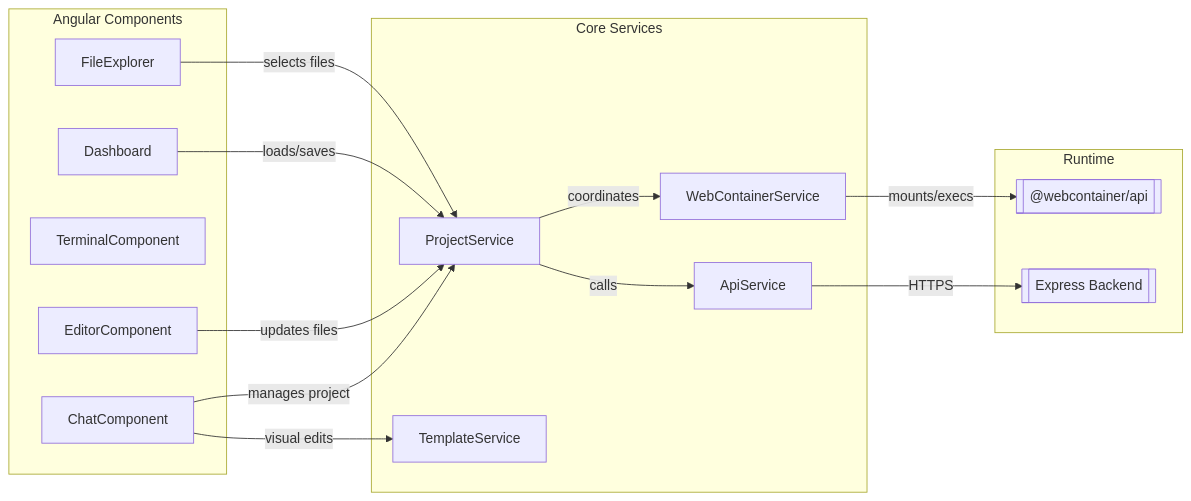
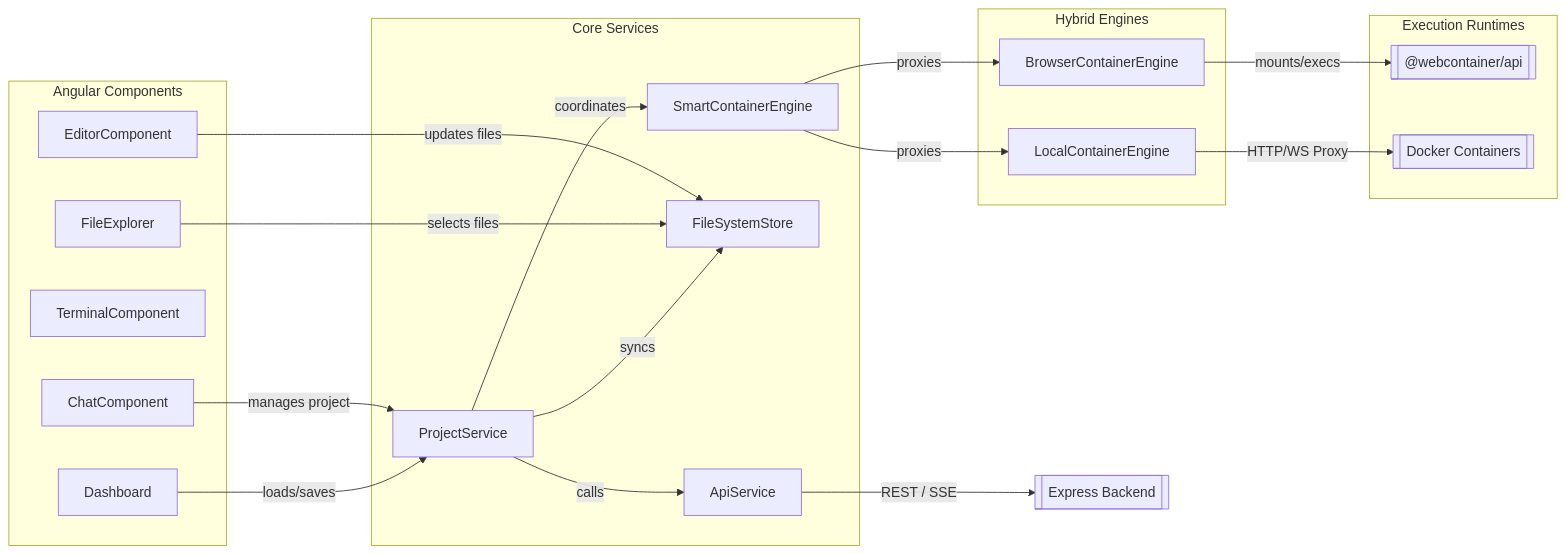
The first of 5 diagrams in roadmap/architecture-diagrams.md (BenjaminDobler/adorable), drawn with Mermaid before and after one commit. The commit also changed other lines of this file and 2 other files, not shown here.

First line of the commit message:
docs: update architecture diagrams and fix docker exec on paused containers

````diff
--- a/roadmap/architecture-diagrams.md
+++ b/roadmap/architecture-diagrams.md
@@ -7,37 +7,47 @@
 ```mermaid
 graph LR
     subgraph UI_Layer [Angular Components]
         Chat[ChatComponent]
         Editor[EditorComponent]
         Terminal[TerminalComponent]
         Explorer[FileExplorer]
         Dash[Dashboard]
     end
 
     subgraph Service_Layer [Core Services]
         Proj[ProjectService]
-        WC[WebContainerService]
+        Smart[SmartContainerEngine]
+        Store[FileSystemStore]
         API[ApiService]
-        Tpl[TemplateService]
     end
 
-    subgraph External_Runtime [Runtime]
+    subgraph Engines [Hybrid Engines]
+        BrowserE[BrowserContainerEngine]
+        LocalE[LocalContainerEngine]
+    end
+
+    subgraph Runtimes [Execution Runtimes]
         WCApi[["@webcontainer/api"]]
-        ServerProxy[[Express Backend]]
+        Docker[[Docker Containers]]
     end
 
     %% Component to Service
     Chat -- "manages project" --> Proj
-    Editor -- "updates files" --> Proj
+    Editor -- "updates files" --> Store
     Dash -- "loads/saves" --> Proj
-    Explorer -- "selects files" --> Proj
+    Explorer -- "selects files" --> Store
+    Proj -- "syncs" --> Store
     
-    %% Service to Service
-    Proj -- "coordinates" --> WC
+    %% Service to Engine
+    Proj -- "coordinates" --> Smart
+    Smart -- "proxies" --> BrowserE
+    Smart -- "proxies" --> LocalE
+    
+    %% Engine to Runtime
+    BrowserE -- "mounts/execs" --> WCApi
+    LocalE -- "HTTP/WS Proxy" --> Docker
+    
+    %% Service to Backend
     Proj -- "calls" --> API
-    Chat -- "visual edits" --> Tpl
-    
-    %% Service to External
-    WC -- "mounts/execs" --> WCApi
-    API -- "HTTPS" --> ServerProxy
+    API -- "REST / SSE" --> NodeBackend[[Express Backend]]
 ```
````
